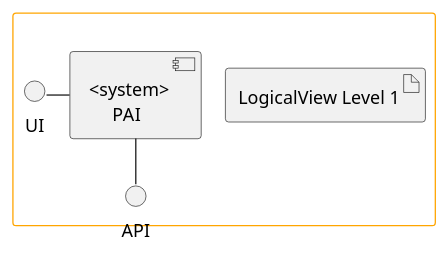
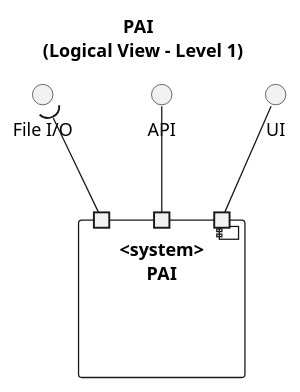
Before and after one commit to GasparISEP/DevOps-PAI: the diagram in docs/Sprint_6/LogicalView/Level1.puml, drawn with PlantUML. The commit also changed 2 other files, not shown here.

Commit message:
refactor (diagrams): Minor adjustments in Logical and Implementation View Diagrams. Closes #647

```diff
--- a/docs/Sprint_6/LogicalView/Level1.puml
+++ b/docs/Sprint_6/LogicalView/Level1.puml
@@ -1,22 +1,27 @@
 @startuml
-!pragma layout smetana
+
+
+title "PAI \n (Logical View - Level 1)"
+
 skinparam rectangle {
   BorderColor Orange
   BackgroundColor White
 }
 
-rectangle " " as SystemBox {
-
-  artifact "LogicalView Level 1" as D1
-
-  component "<system>\n     PAI" as PAI {
+  component "<system>\nPAI" as PAI {
+    portin " " as p1
+    portin " " as p2
+    portin " " as p3
   }
 
   interface "UI" as UI
   interface "API" as API
+  interface "File I/O" as FileIO
 
-  UI -right- PAI
-  API -up- PAI
+
+  p1 -up- UI
+  p2 -up- API
+  p3 -up-( FileIO
 }
 
 @enduml
```
